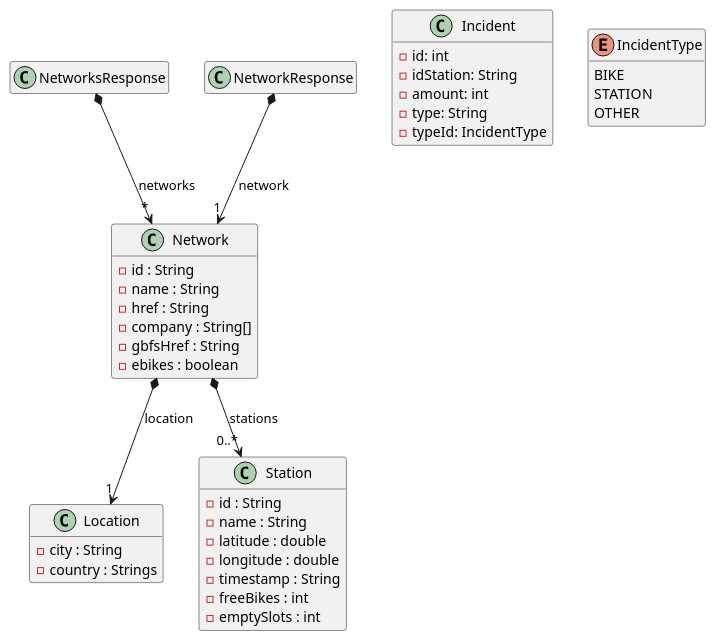
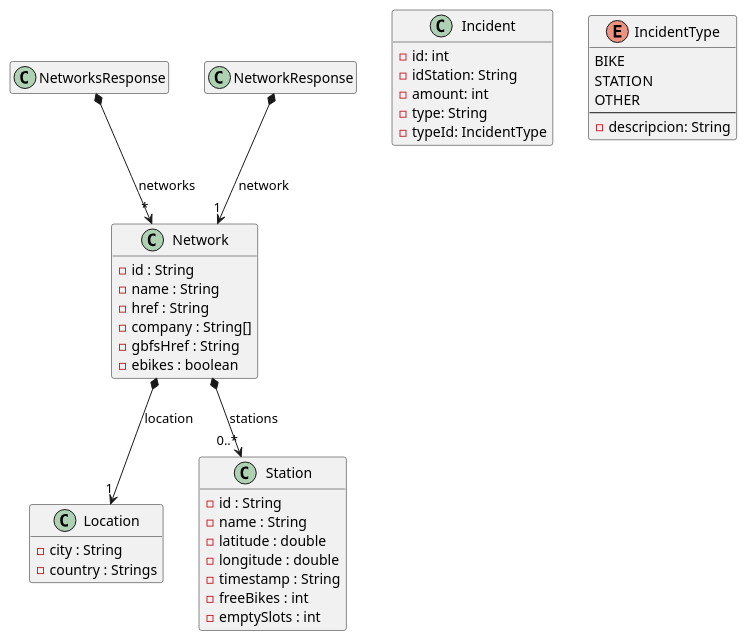
The diagram in Docs/Models/domain.puml (isunican/App-Bicis-Grupo1), drawn with PlantUML before and after one commit. The commit also changed 1 other file, not shown here.

```diff
--- a/Docs/Models/domain.puml
+++ b/Docs/Models/domain.puml
@@ -1,56 +1,58 @@
 @startuml
 
 hide empty members
 
 class Network {
     - id : String
     - name : String
     - href : String
     - company : String[]
     - gbfsHref : String
     - ebikes : boolean
 }
 
 class Location {
     - city : String
     - country : Strings
 }
 
 class NetworksResponse {
 
 }
 
 class NetworkResponse {
     
 }
 
 class Station {
     - id : String
     - name : String
     - latitude : double
     - longitude : double
     - timestamp : String
     - freeBikes : int
     - emptySlots : int
 }
 
 class Incident {
     - id: int
     - idStation: String
     - amount: int
     - type: String
     - typeId: IncidentType
 }
 
 enum IncidentType {
     BIKE
     STATION
     OTHER
+    --
+    - descripcion: String
 }
 
 Network *--> "1" Location : location
 Network *--> "0..*" Station : stations
 NetworksResponse *--> "*" Network : networks
 NetworkResponse *--> "1" Network : network
 
 @enduml
```
